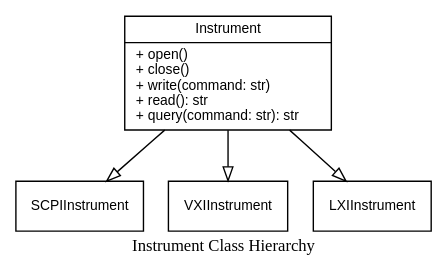
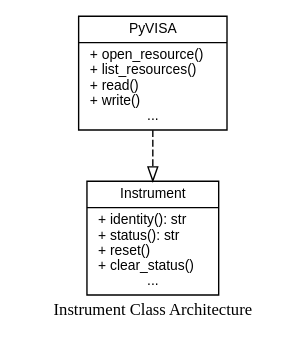
The diagram in docs/instruments.rst (Spiryl/pymetr), drawn with Graphviz before and after one commit. The commit also changed other lines of this file and 69 other files, not shown here.

```diff
--- a/docs/instruments.rst
+++ b/docs/instruments.rst
@@ -25,17 +23,13 @@
 .. graphviz::
 
-   digraph instrument_hierarchy {
+   digraph architecture {
       node [shape=record, fontname=Helvetica, fontsize=10];
       
-      Instrument [label="{Instrument|+ open()\l+ close()\l+ write(command: str)\l+ read(): str\l+ query(command: str): str\l}"]
-      SCPIInstrument [label="{SCPIInstrument}"]
-      VXIInstrument [label="{VXIInstrument}"]
-      LXIInstrument [label="{LXIInstrument}"]
+      PyVISA [label="{PyVISA|+ open_resource()\l+ list_resources()\l+ read()\l+ write()\l...}"]
+      Instrument [label="{Instrument|+ identity(): str\l+ status(): str\l+ reset()\l+ clear_status()\l...}"]
 
-      Instrument -> SCPIInstrument [arrowhead="onormal"]
-      Instrument -> VXIInstrument [arrowhead="onormal"]
-      Instrument -> LXIInstrument [arrowhead="onormal"]
+      PyVISA -> Instrument [arrowhead="onormal", style="dashed"]
 
-      label="Instrument Class Hierarchy";
+      label="Instrument Class Architecture";
       fontsize=12;
    }
```
